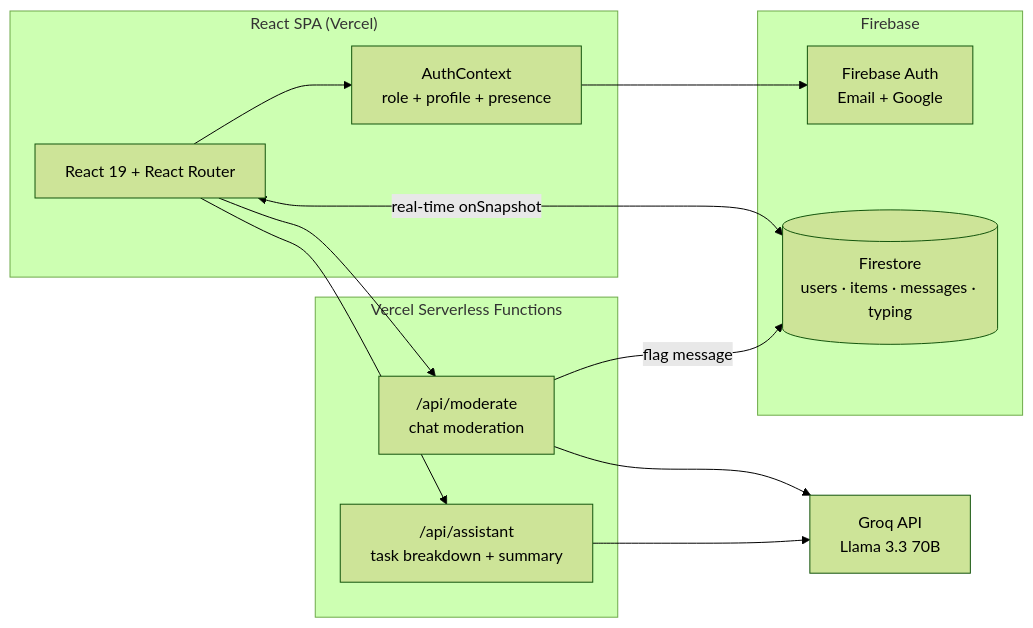
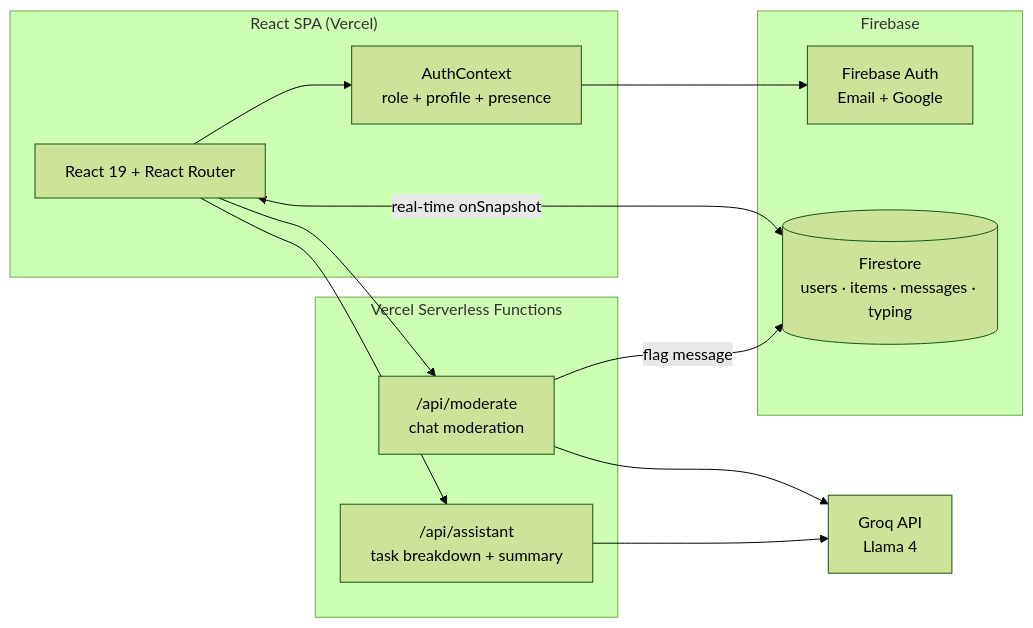
Before and after one commit to rehan777-R/nexus-connect: the diagram in README.md, drawn with Mermaid (forest theme). The commit also changed other lines of this file and 6 other files, not shown here.

First line of the commit message:
Fix AI features: Groq retired llama-3.3-70b-versatile

````diff
--- a/README.md
+++ b/README.md
@@ -64,28 +64,28 @@
 ```mermaid
 flowchart LR
     subgraph Client["React SPA (Vercel)"]
         UI[React 19 + React Router]
         AC[AuthContext<br/>role + profile + presence]
     end
 
     subgraph Firebase
         Auth[Firebase Auth<br/>Email + Google]
         FS[(Firestore<br/>users · items · messages · typing)]
     end
 
     subgraph Serverless["Vercel Serverless Functions"]
         MOD["/api/moderate<br/>chat moderation"]
         AST["/api/assistant<br/>task breakdown + summary"]
     end
 
-    GROQ[Groq API<br/>Llama 3.3 70B]
+    GROQ[Groq API<br/>Llama 4]
 
     UI --> AC
     AC --> Auth
     UI <-->|"real-time onSnapshot"| FS
     UI --> MOD
     UI --> AST
     MOD --> GROQ
     AST --> GROQ
     MOD -->|"flag message"| FS
 ```
````
